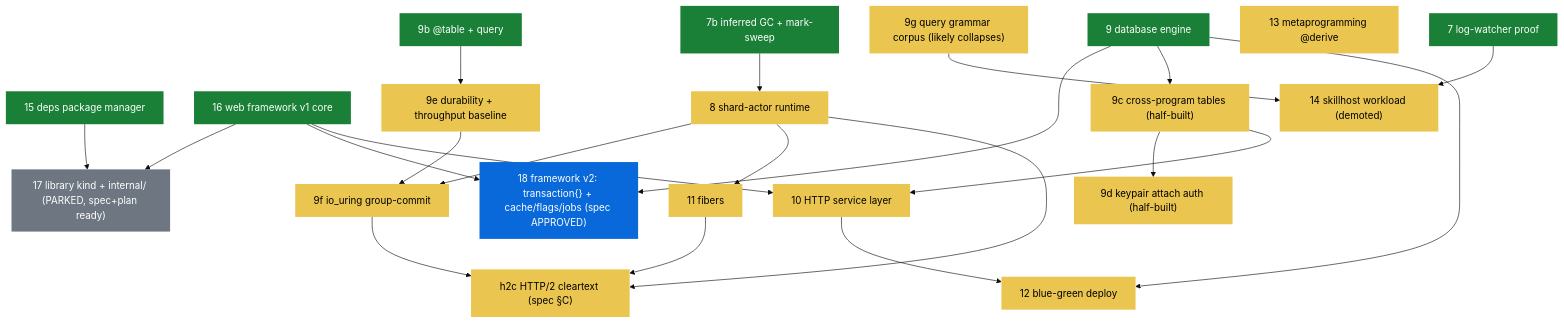
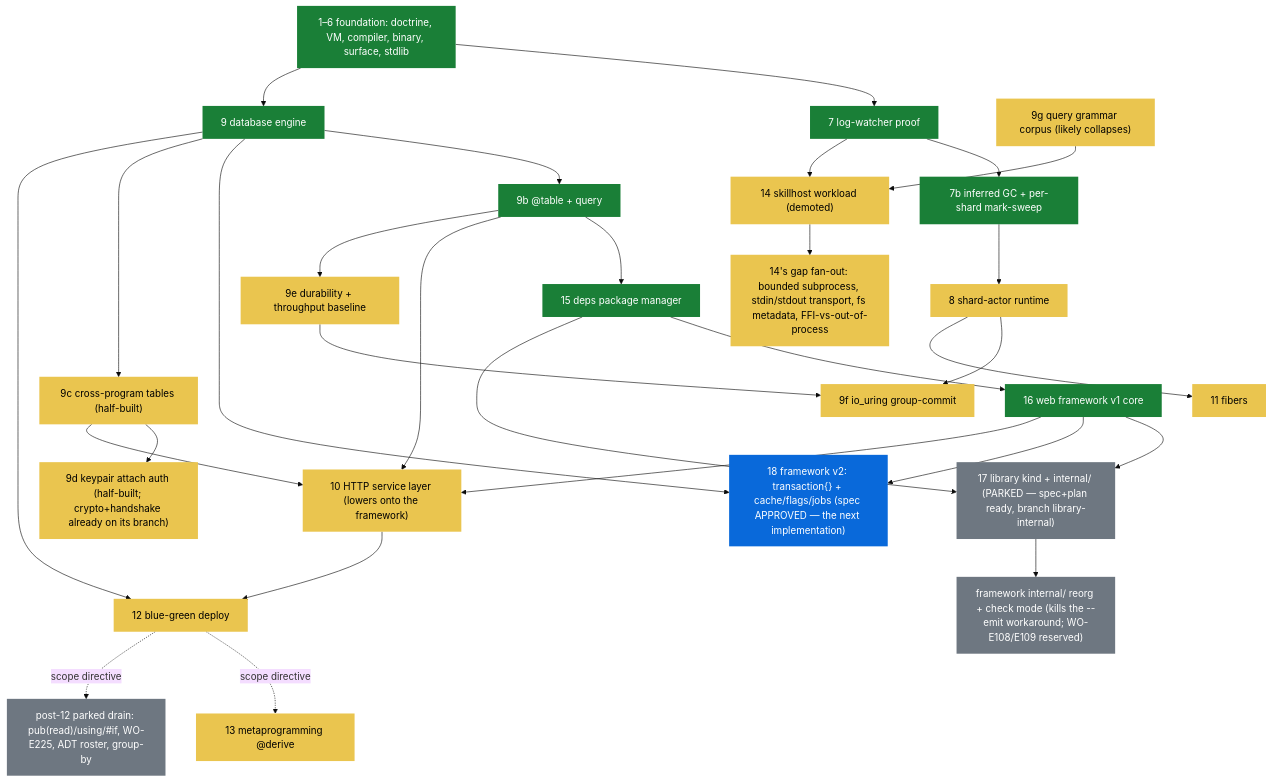
Before and after one commit to shoneyJ/writeonce: the first of 4 diagrams in docs/00-dependency-graph.md, drawn with Mermaid (base theme). The commit also changed other lines of this file, not shown here.

First line of the commit message:
docs: dependency graph rebuilt — 17 edges, concurrency chain, drain

````diff
--- a/docs/00-dependency-graph.md
+++ b/docs/00-dependency-graph.md
@@ -15,51 +14,62 @@
 ```mermaid
 flowchart TD
     classDef done fill:#1a7f37,color:#fff,stroke:none
     classDef parked fill:#6e7781,color:#fff,stroke:none
     classDef specd fill:#0969da,color:#fff,stroke:none
     classDef open fill:#eac54f,color:#000,stroke:none
 
+    FOUND["1–6 foundation: doctrine, VM, compiler, binary, surface, stdlib"]:::done
     I7["7 log-watcher proof"]:::done
-    I7b["7b inferred GC + mark-sweep"]:::done
+    I7b["7b inferred GC + per-shard mark-sweep"]:::done
     I9["9 database engine"]:::done
     I9b["9b @table + query"]:::done
     I15["15 deps package manager"]:::done
     I16["16 web framework v1 core"]:::done
 
-    I17["17 library kind + internal/ (PARKED, spec+plan ready)"]:::parked
-    I18["18 framework v2: transaction{} + cache/flags/jobs (spec APPROVED)"]:::specd
+    I17["17 library kind + internal/ (PARKED — spec+plan ready, branch library-internal)"]:::parked
+    FWREORG["framework internal/ reorg + check mode (kills the --emit workaround; WO-E108/E109 reserved)"]:::parked
+    I18["18 framework v2: transaction{} + cache/flags/jobs (spec APPROVED — the next implementation)"]:::specd
 
     I9c["9c cross-program tables (half-built)"]:::open
-    I9d["9d keypair attach auth (half-built)"]:::open
+    I9d["9d keypair attach auth (half-built; crypto+handshake already on its branch)"]:::open
     I9e["9e durability + throughput baseline"]:::open
     I8["8 shard-actor runtime"]:::open
     I9f["9f io_uring group-commit"]:::open
-    I10["10 HTTP service layer"]:::open
+    I10["10 HTTP service layer (lowers onto the framework)"]:::open
     I11["11 fibers"]:::open
     I12["12 blue-green deploy"]:::open
     I13["13 metaprogramming @derive"]:::open
     I14["14 skillhost workload (demoted)"]:::open
     I9g["9g query grammar corpus (likely collapses)"]:::open
-    H2C["h2c HTTP/2 cleartext (spec §C)"]:::open
+    GAPS["14's gap fan-out: bounded subprocess, stdin/stdout transport, fs metadata, FFI-vs-out-of-process"]:::open
+    DRAIN["post-12 parked drain: pub(read)/using/#if, WO-E225, ADT roster, group-by"]:::parked
 
+    FOUND --> I7
+    FOUND --> I9
+    I7 --> I7b
+    I9 --> I9b
+    I9b --> I15
+    I15 --> I16
     I15 --> I17
     I16 --> I17
+    I17 --> FWREORG
     I9 --> I18
     I16 --> I18
     I9 --> I9c
     I9c --> I9d
     I9c --> I10
+    I9b --> I10
     I16 --> I10
     I9b --> I9e
     I7b --> I8
     I9e --> I9f
     I8 --> I9f
     I8 --> I11
     I9 --> I12
     I10 --> I12
-    I8 --> H2C
-    I9f --> H2C
-    I11 --> H2C
     I9g --> I14
     I7 --> I14
+    I14 --> GAPS
+    I12 -.scope directive.-> I13
+    I12 -.scope directive.-> DRAIN
 ```
````
